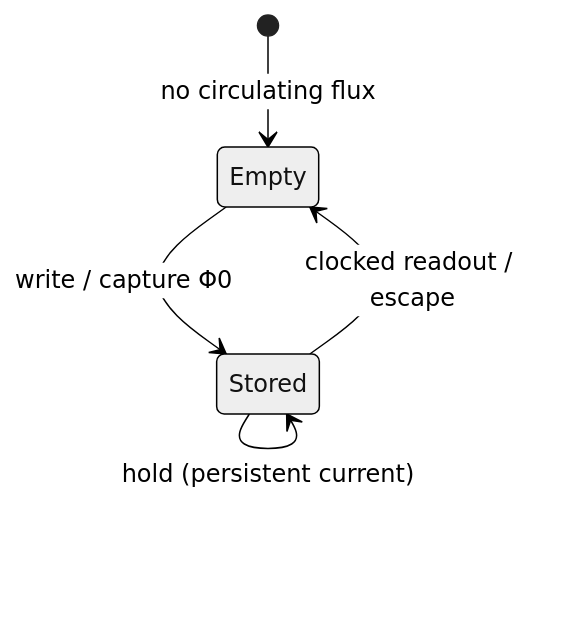
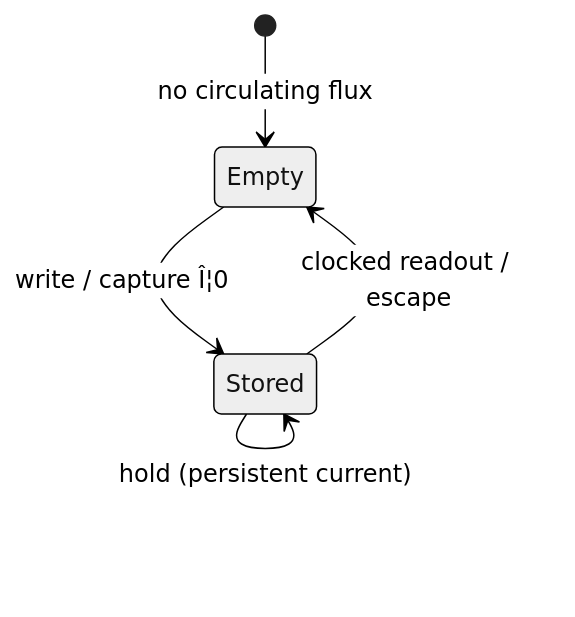
Before and after one commit to Single-Flux-Quantum/sfq-learn-public: the first of 2 diagrams in docs/fundamentals/superconducting-loop-squid.md, drawn with Mermaid (neutral theme). The commit also changed other lines of this file and 41 other files, not shown here.

````diff
--- a/docs/fundamentals/superconducting-loop-squid.md
+++ b/docs/fundamentals/superconducting-loop-squid.md
@@ -58,7 +58,7 @@
 ```mermaid
 stateDiagram-v2
   [*] --> Empty: no circulating flux
-  Empty --> Stored: write / capture Φ0
+  Empty --> Stored: write / capture Î¦0
   Stored --> Empty: clocked readout / escape
   Stored --> Stored: hold (persistent current)
 ```
````
